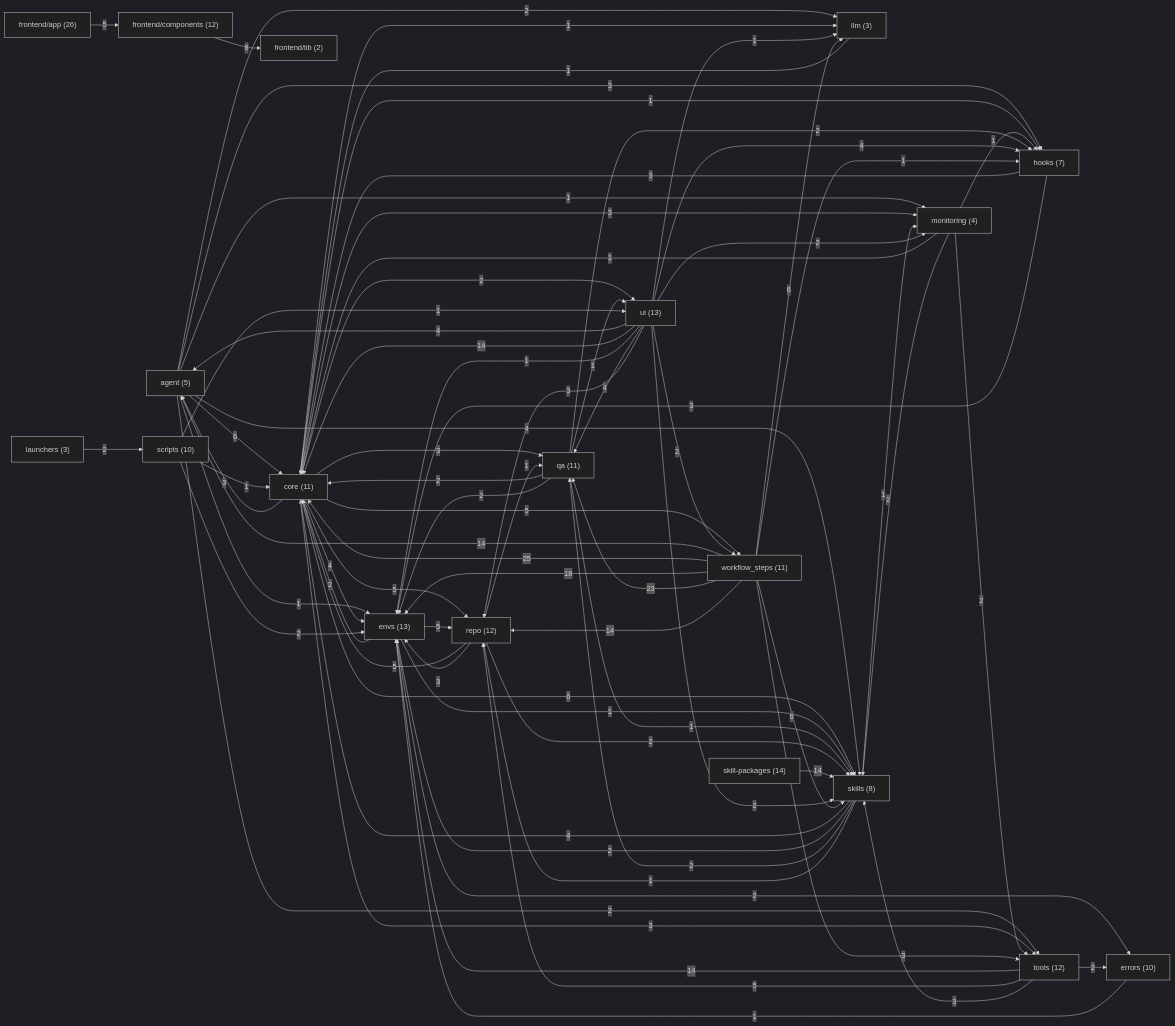
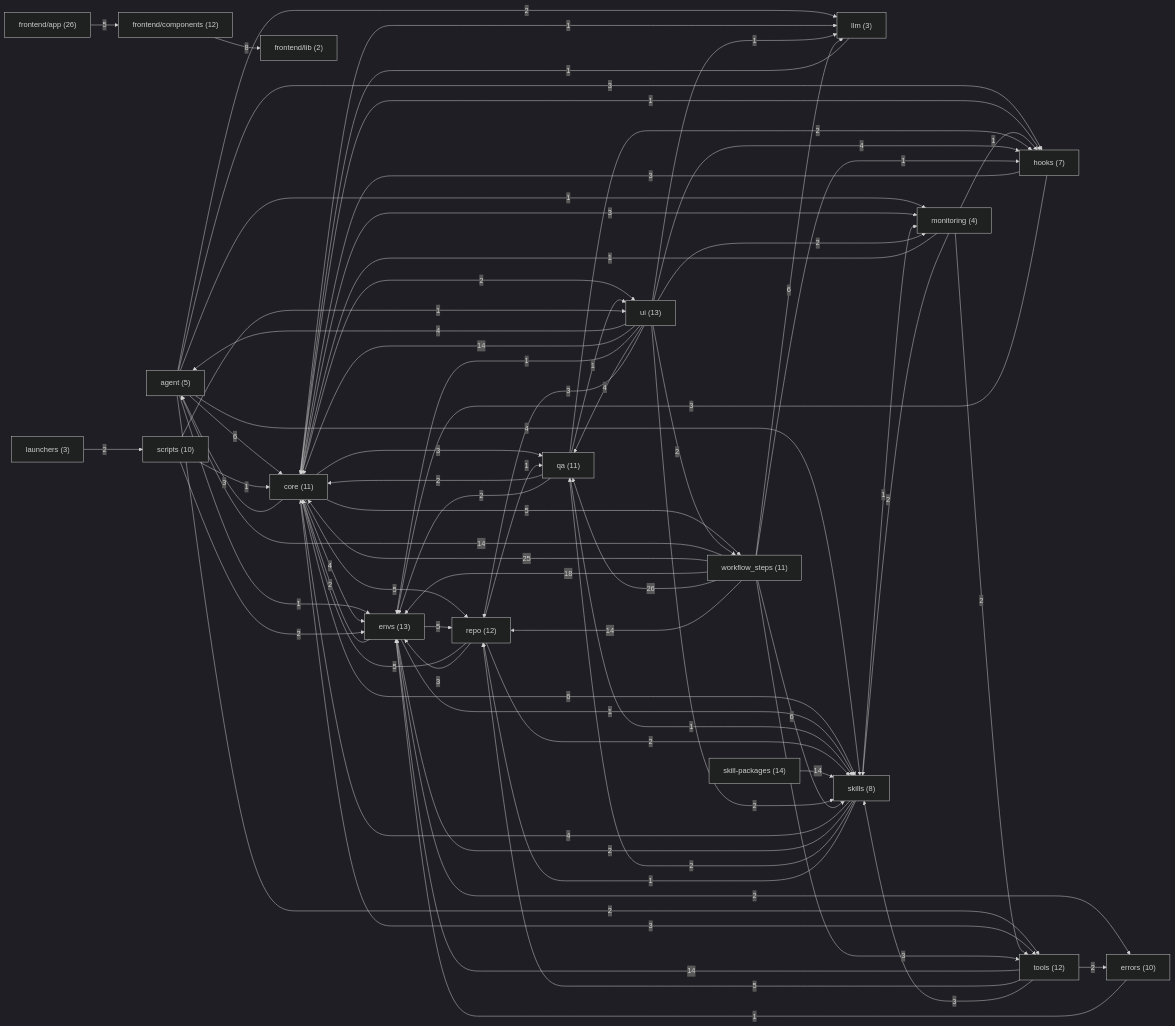
One commit to sarveshtalele/maf-harness-testing changed the second of 21 diagrams in docs/ARCHITECTURE_MAP.md. Above: the diagram before and after it, drawn with Mermaid (dark theme). The commit also changed other lines of this file and 13 other files, not shown here.

```diff
--- a/docs/ARCHITECTURE_MAP.md
+++ b/docs/ARCHITECTURE_MAP.md
@@ -148,7 +148,7 @@
   g18 -->|18| g2
   g18 -->|1| g7
   g18 -->|6| g9
-  g18 -->|23| g11
+  g18 -->|26| g11
   g18 -->|14| g12
   g18 -->|6| g15
   g18 -->|3| g16
```
